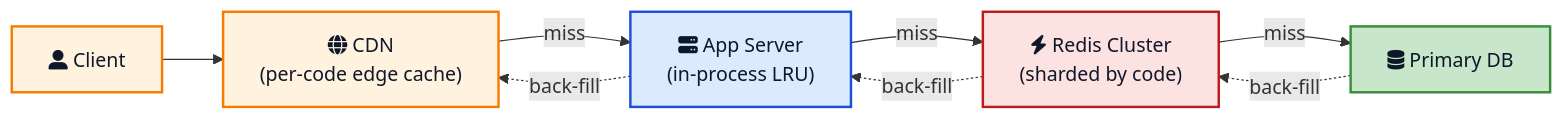
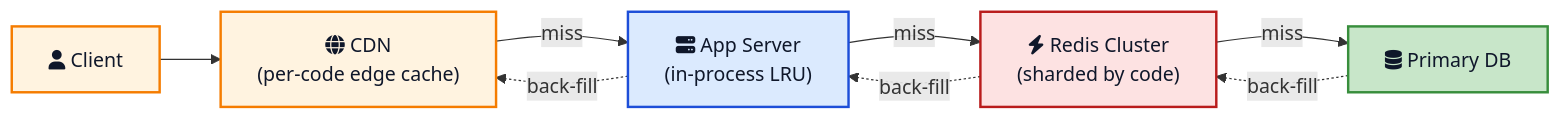
Before and after one commit to ajitsing/ajitsing.github.io: the fifth of 8 diagrams in _posts/2026-05-04-tinyurl-system-design.md, drawn with Mermaid. The commit also changed other lines of this file and 16 other files, not shown here.

````diff
--- a/_posts/2026-05-04-tinyurl-system-design.md
+++ b/_posts/2026-05-04-tinyurl-system-design.md
@@ -382,25 +382,25 @@
 ```mermaid
 flowchart LR
     Edge["fa:fa-globe CDN<br/>(per-code edge cache)"]
     App["fa:fa-server App Server<br/>(in-process LRU)"]
     Redis["fa:fa-bolt Redis Cluster<br/>(sharded by code)"]
     DB["fa:fa-database Primary DB"]
 
-    Client["fa:fa-user-large Client"] --> Edge
+    Client["fa:fa-user Client"] --> Edge
     Edge -->|"miss"| App
     App -->|"miss"| Redis
     Redis -->|"miss"| DB
 
     DB -. "back-fill" .-> Redis
     Redis -. "back-fill" .-> App
     App -. "back-fill" .-> Edge
 
     classDef edge fill:#fff3e0,stroke:#f57c00,stroke-width:2px,color:#0f172a
     classDef cache fill:#fde2e2,stroke:#b91c1c,stroke-width:2px,color:#0f172a
     classDef app fill:#dbeafe,stroke:#1d4ed8,stroke-width:2px,color:#0f172a
     classDef store fill:#c8e6c9,stroke:#388e3c,stroke-width:2px,color:#0f172a
     class Client,Edge edge
     class Redis cache
     class App app
     class DB store
 ```
````
